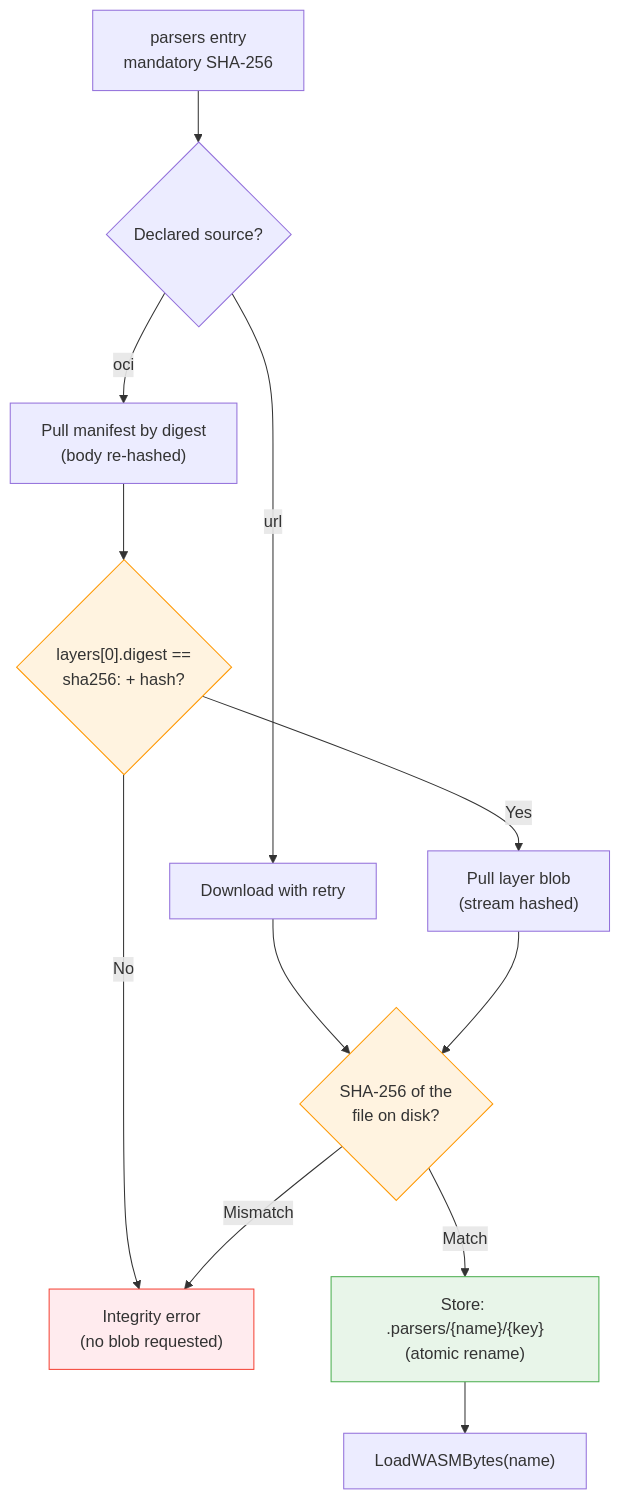
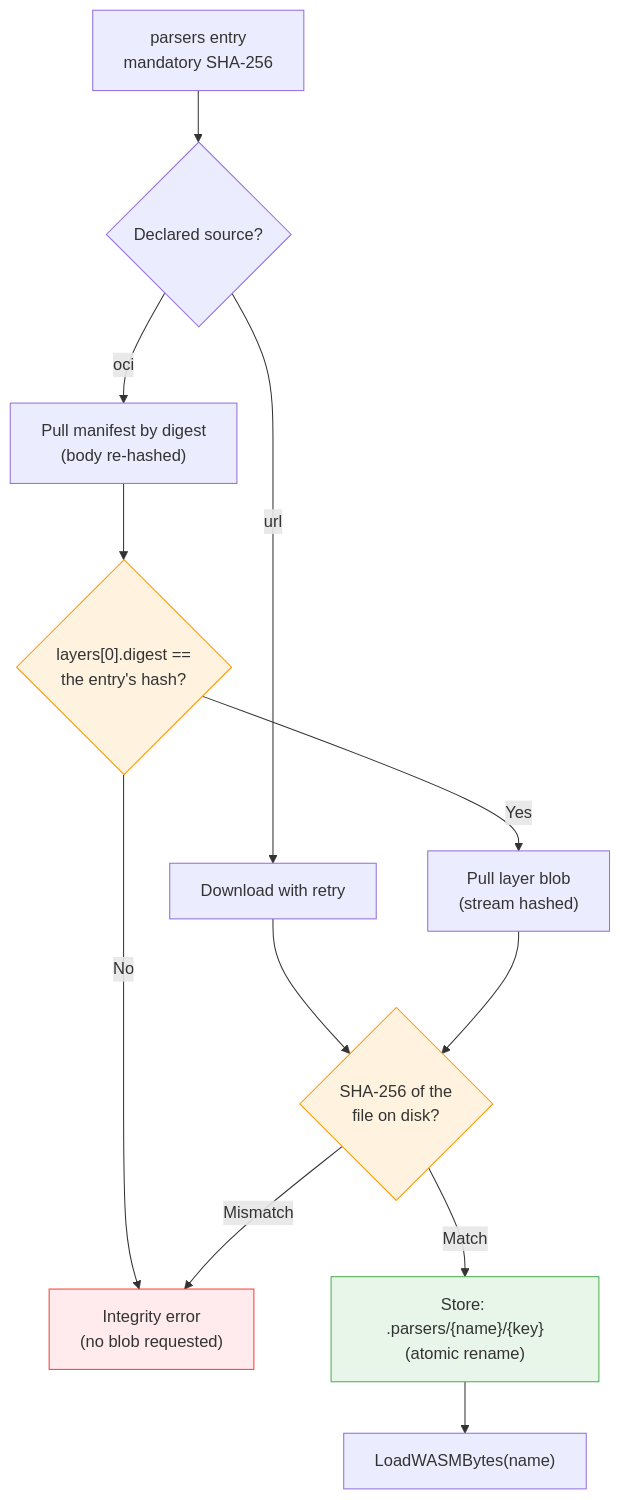
Before and after one commit to datamitsu/datamitsu: the third of 4 diagrams in website/docs/guides/architecture/parsers.md, drawn with Mermaid. The commit also changed other lines of this file and 169 other files, not shown here.

First line of the commit message:
refactor(digest)!: unify every hash behind internal/digest with canonical alg:value pins (#369)

````diff
--- a/website/docs/guides/architecture/parsers.md
+++ b/website/docs/guides/architecture/parsers.md
@@ -610,19 +610,19 @@
 ```mermaid
 graph TD
     P["parsers entry<br/>mandatory SHA-256"] --> K{"Declared source?"}
     K -->|"url"| H["Download with retry"]
     K -->|"oci"| M["Pull manifest by digest<br/>(body re-hashed)"]
-    M --> C{"layers[0].digest ==<br/>sha256: + hash?"}
+    M --> C{"layers[0].digest ==<br/>the entry's hash?"}
     C -->|"No"| X["Integrity error<br/>(no blob requested)"]
     C -->|"Yes"| B["Pull layer blob<br/>(stream hashed)"]
     H --> V{"SHA-256 of the<br/>file on disk?"}
     B --> V
     V -->|"Mismatch"| X
     V -->|"Match"| S["Store: .parsers/{name}/{key}<br/>(atomic rename)"]
     S --> L["LoadWASMBytes(name)"]
 
     style C fill:#fff3e0,stroke:#ff9800
     style V fill:#fff3e0,stroke:#ff9800
     style X fill:#ffebee,stroke:#f44336
     style S fill:#e8f5e9,stroke:#4caf50
 ```
````
